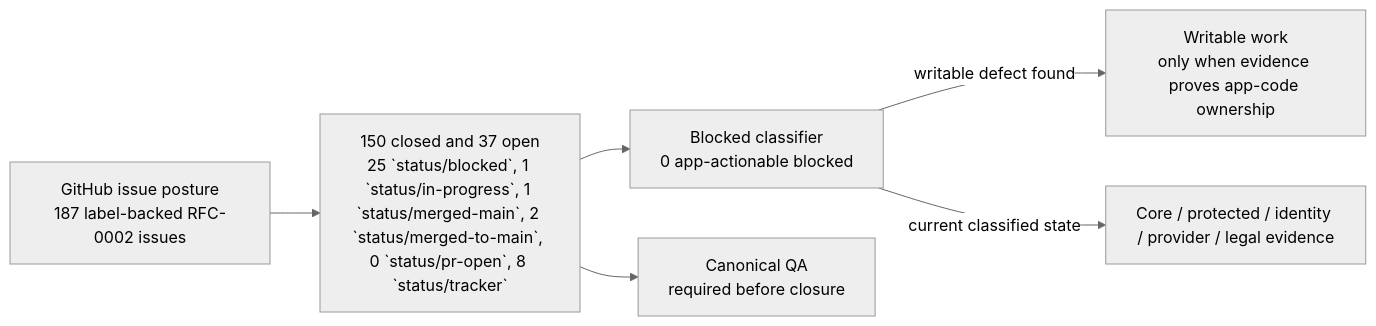
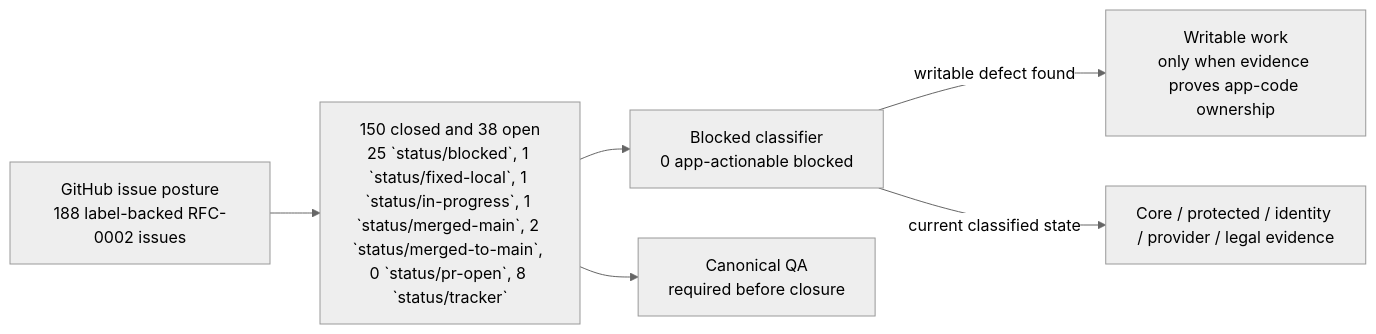
The first of 2 diagrams in wiki/RFC-0002-Execution-Status.md (sgajbi/lotus-idea), drawn with Mermaid (neutral theme) before and after one commit. The commit also changed other lines of this file and 11 other files, not shown here.

Commit message:
docs(rfc): track downstream submission refactor issue

````diff
--- a/wiki/RFC-0002-Execution-Status.md
+++ b/wiki/RFC-0002-Execution-Status.md
@@ -39,15 +39,15 @@
 ```mermaid
 flowchart LR
-    Issues["GitHub issue posture<br/>187 label-backed RFC-0002 issues"]
-    Open["150 closed and 37 open<br/>25 `status/blocked`, 1 `status/in-progress`, 1 `status/merged-main`, 2 `status/merged-to-main`, 0 `status/pr-open`, 8 `status/tracker`"]
+    Issues["GitHub issue posture<br/>188 label-backed RFC-0002 issues"]
+    Open["150 closed and 38 open<br/>25 `status/blocked`, 1 `status/fixed-local`, 1 `status/in-progress`, 1 `status/merged-main`, 2 `status/merged-to-main`, 0 `status/pr-open`, 8 `status/tracker`"]
     Blocked["Blocked classifier<br/>0 app-actionable blocked"]
     Work["Writable work<br/>only when evidence proves app-code ownership"]
     External["Core / protected / identity / provider / legal evidence"]
     QA["Canonical QA<br/>required before closure"]
 
     Issues --> Open
     Open --> Blocked
     Blocked -->|"writable defect found"| Work
     Blocked -->|"current classified state"| External
     Open --> QA
 ```
````
